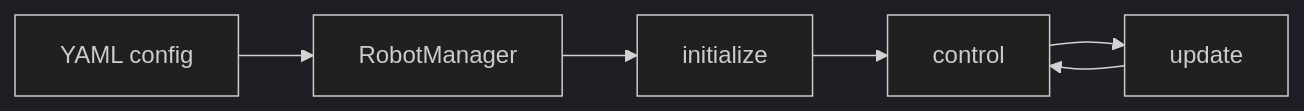
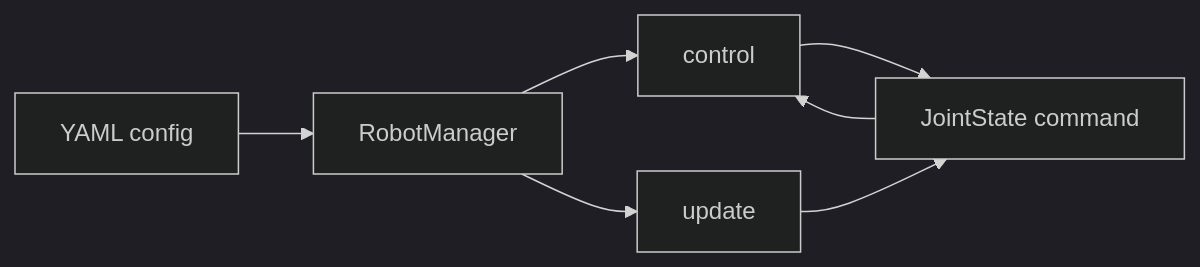
The diagram in README.md (SeonilChoi/robot_manager), drawn with Mermaid (dark theme) before and after one commit. The commit also changed other lines of this file and 7 other files, not shown here.

````diff
--- a/README.md
+++ b/README.md
@@ -9,8 +5,9 @@
 ```mermaid
 flowchart LR
   A[YAML config] --> B[RobotManager]
-  B --> C[initialize]
-  C --> D[control]
-  D --> E[update]
-  E --> D
+  B --> C[control]
+  B --> D[update]
+  C --> E[JointState command]
+  D --> E
+  E --> C
 ```
````
